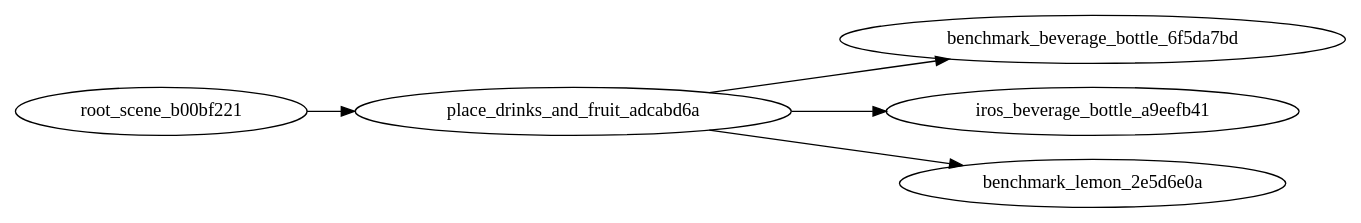
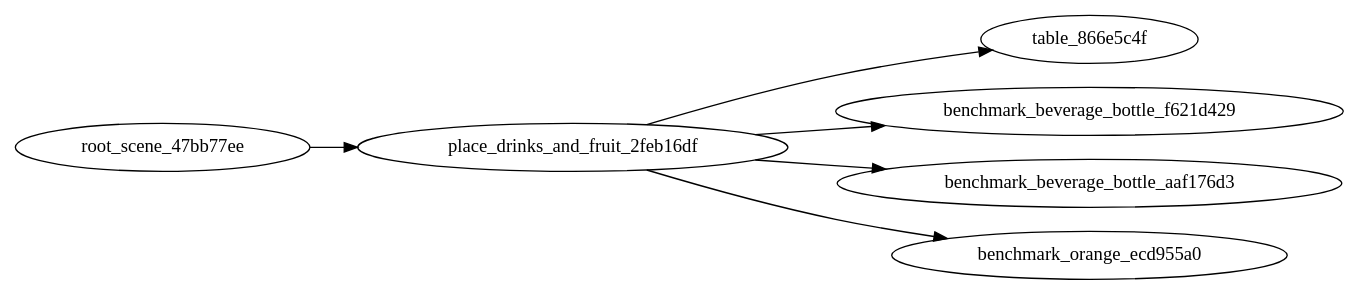
Before and after one commit to bodongiee/genie_sim_workplace: the diagram in source/geniesim/benchmark/config/llm_task/straighten_object/1/graph.dot, drawn with Graphviz. The commit also changed 568 other files, not shown here.

```diff
--- a/source/geniesim/benchmark/config/llm_task/straighten_object/1/graph.dot
+++ b/source/geniesim/benchmark/config/llm_task/straighten_object/1/graph.dot
@@ -1,10 +1,12 @@
 strict digraph "" {
 	graph [rankdir=LR];
-	root_scene_b00bf221 -> place_drinks_and_fruit_adcabd6a;
-	benchmark_beverage_bottle_6f5da7bd	[tags="['oolong tea beverage', 'beverage', 'bottle', 'drink', 'left']"];
-	place_drinks_and_fruit_adcabd6a -> benchmark_beverage_bottle_6f5da7bd;
-	iros_beverage_bottle_a9eefb41	[tags="['sprite', 'beverage', 'bottle', 'drink', 'right']"];
-	place_drinks_and_fruit_adcabd6a -> iros_beverage_bottle_a9eefb41;
-	benchmark_lemon_2e5d6e0a	[tags="['lemon', 'fruit', 'healthy', 'snack', 'left']"];
-	place_drinks_and_fruit_adcabd6a -> benchmark_lemon_2e5d6e0a;
+	root_scene_47bb77ee -> place_drinks_and_fruit_2feb16df;
+	table_866e5c4f	[tags="['minimalist_table', 'white', 'furniture', 'center']"];
+	place_drinks_and_fruit_2feb16df -> table_866e5c4f;
+	benchmark_beverage_bottle_f621d429	[tags="['coke cola', 'beverage', 'bottle', 'drink', 'left']"];
+	place_drinks_and_fruit_2feb16df -> benchmark_beverage_bottle_f621d429;
+	benchmark_beverage_bottle_aaf176d3	[tags="['fanta', 'beverage', 'bottle', 'drink', 'left']"];
+	place_drinks_and_fruit_2feb16df -> benchmark_beverage_bottle_aaf176d3;
+	benchmark_orange_ecd955a0	[tags="['orange', 'fruit', 'healthy', 'snack', 'left']"];
+	place_drinks_and_fruit_2feb16df -> benchmark_orange_ecd955a0;
 }
```
